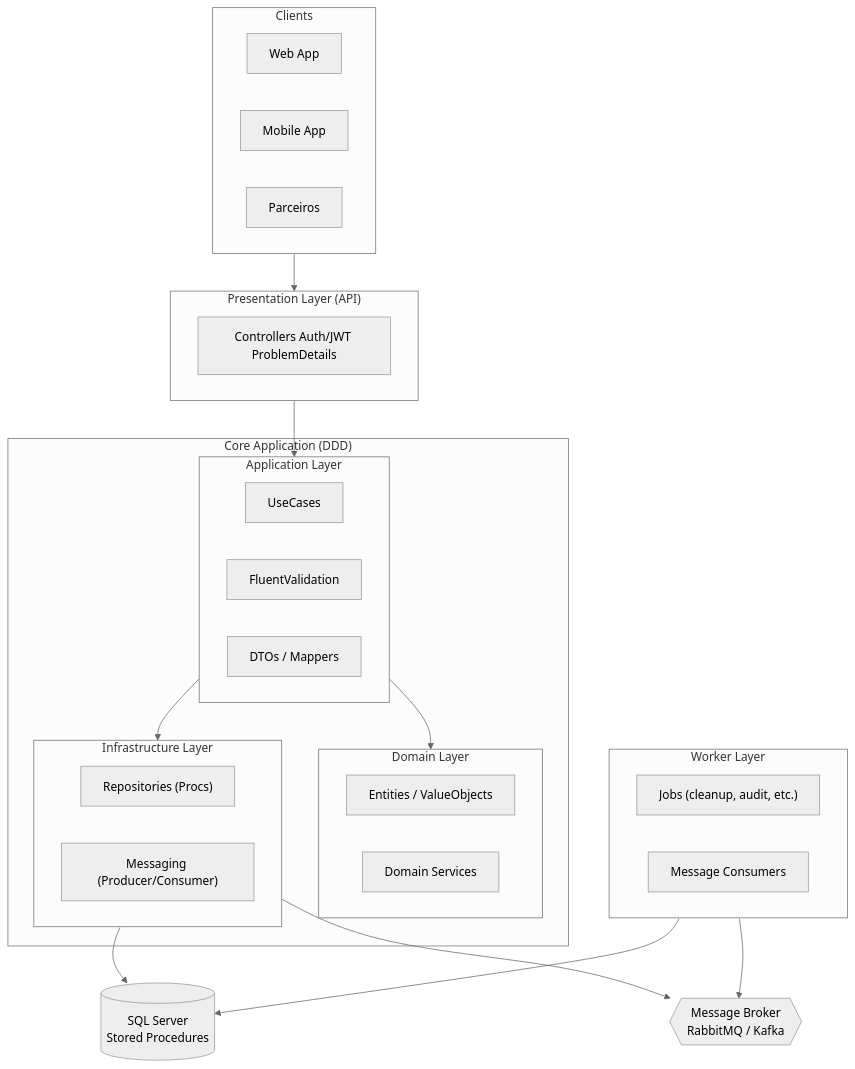
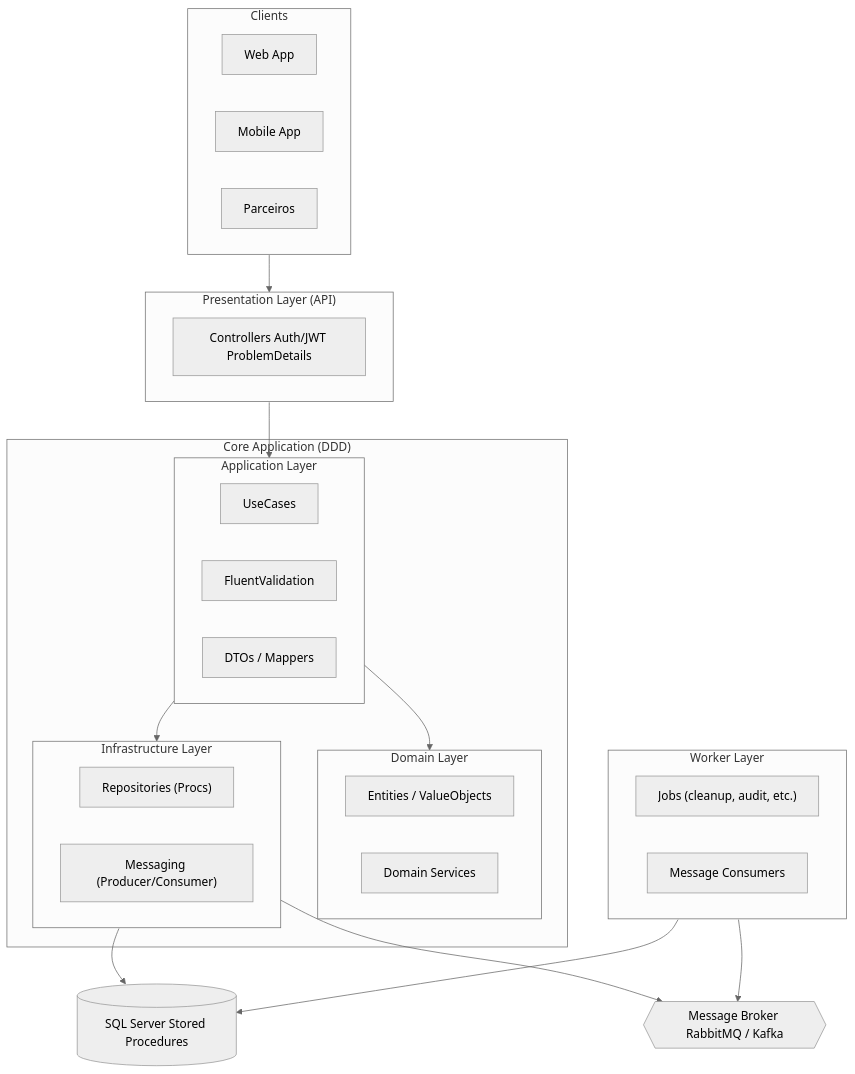
The first of 3 diagrams in README.md (rodrigofurlaneti/FSI.Authentication.Api.BackEnd), drawn with Mermaid (neutral theme) before and after one commit. The commit also changed other lines of this file, not shown here.

````diff
--- a/README.md
+++ b/README.md
@@ -1,60 +1,60 @@
 ```mermaid
 
 %%{init: {"flowchart": {"htmlLabels": false}} }%%
 flowchart TB
 
   %% === Clientes ===
   subgraph Clients["Clients"]
     Web["Web App"]
     Mobile["Mobile App"]
     Partner["Parceiros"]
   end
 
   %% === API / Presentation ===
   subgraph Api["Presentation Layer (API)"]
     Controller["Controllers Auth/JWT ProblemDetails"]
   end
 
   %% === Core DDD ===
   subgraph DDD["Core Application (DDD)"]
     subgraph Application["Application Layer"]
       UseCases["UseCases"]
       Validators["FluentValidation"]
       DTOs["DTOs / Mappers"]
     end
     subgraph Domain["Domain Layer"]
       Entities["Entities / ValueObjects"]
       Services["Domain Services"]
     end
     subgraph Infrastructure["Infrastructure Layer"]
       Repos["Repositories (Procs)"]
       Messaging["Messaging (Producer/Consumer)"]
     end
   end
 
   %% === DB & Broker separados ===
-  DB[(SQL Server\nStored Procedures)]
-  Broker{{Message Broker\nRabbitMQ / Kafka}}
+  DB[(SQL Server Stored Procedures)]
+  Broker{{Message Broker RabbitMQ / Kafka}}
 
   %% === Worker ===
   subgraph Worker["Worker Layer"]
     Jobs["Jobs (cleanup, audit, etc.)"]
     Consumer["Message Consumers"]
   end
 
   %% Fluxos principais
   Clients --> Api
   Api --> Application
   Application --> Domain
   Application --> Infrastructure
 
   %% Infra saídas paralelas
   Infrastructure --> DB
   Infrastructure --> Broker
 
   %% Worker conexões (sem cruzar)
   Worker --> DB
   Worker --> Broker
 
 
 ```
````
